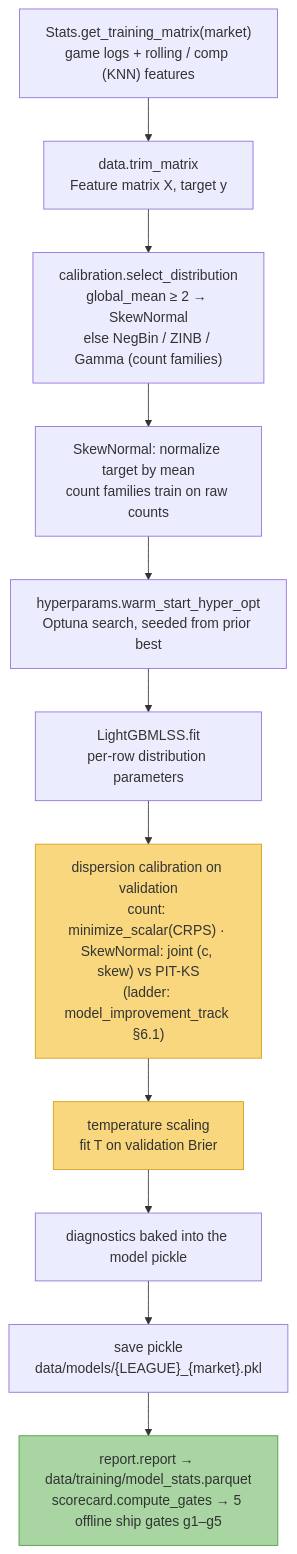
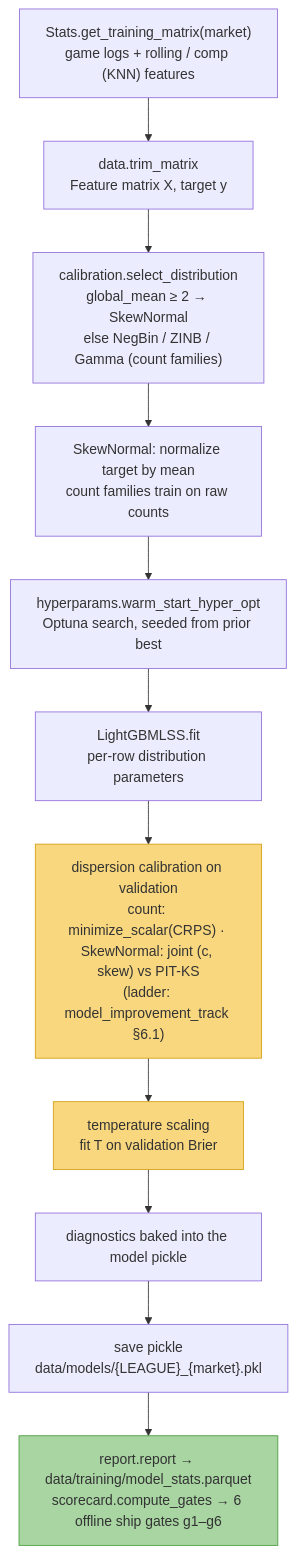
One commit to tjjerome/Sportstradamus changed the first of 2 diagrams in docs/pipeline_diagrams.md. Above: the diagram before and after it, drawn with Mermaid. The commit also changed 22 other files, not shown here.

````diff
--- a/docs/pipeline_diagrams.md
+++ b/docs/pipeline_diagrams.md
@@ -11,17 +11,17 @@
 ```mermaid
 flowchart TD
     A["Stats.get_training_matrix(market)<br/>game logs + rolling / comp (KNN) features"] --> B["data.trim_matrix<br/>Feature matrix X, target y"]
     B --> C["calibration.select_distribution<br/>global_mean ≥ 2 → SkewNormal<br/>else NegBin / ZINB / Gamma (count families)"]
     C --> D["SkewNormal: normalize target by mean<br/>count families train on raw counts"]
     D --> E["hyperparams.warm_start_hyper_opt<br/>Optuna search, seeded from prior best"]
     E --> F["LightGBMLSS.fit<br/>per-row distribution parameters"]
     F --> G["dispersion calibration on validation<br/>count: minimize_scalar(CRPS) · SkewNormal: joint (c, skew) vs PIT-KS<br/>(ladder: model_improvement_track §6.1)"]
     G --> H["temperature scaling<br/>fit T on validation Brier"]
     H --> I["diagnostics baked into the model pickle"]
     I --> J["save pickle<br/>data/models/{LEAGUE}_{market}.pkl"]
-    J --> K["report.report → data/training/model_stats.parquet<br/>scorecard.compute_gates → 5 offline ship gates g1–g5"]
+    J --> K["report.report → data/training/model_stats.parquet<br/>scorecard.compute_gates → 6 offline ship gates g1–g6"]
 
     style G fill:#f9d77e,stroke:#d4a017
     style H fill:#f9d77e,stroke:#d4a017
     style K fill:#a8d5a2,stroke:#4a9e3f
 ```
````
